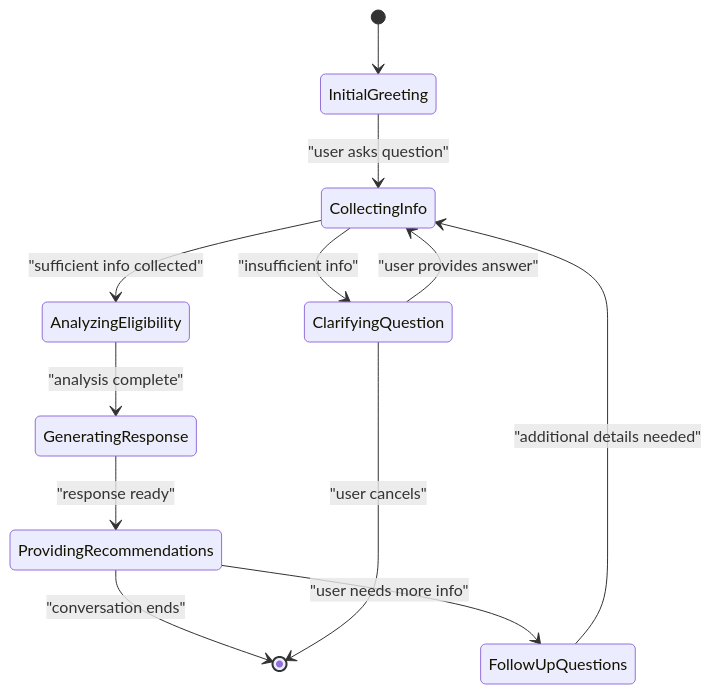
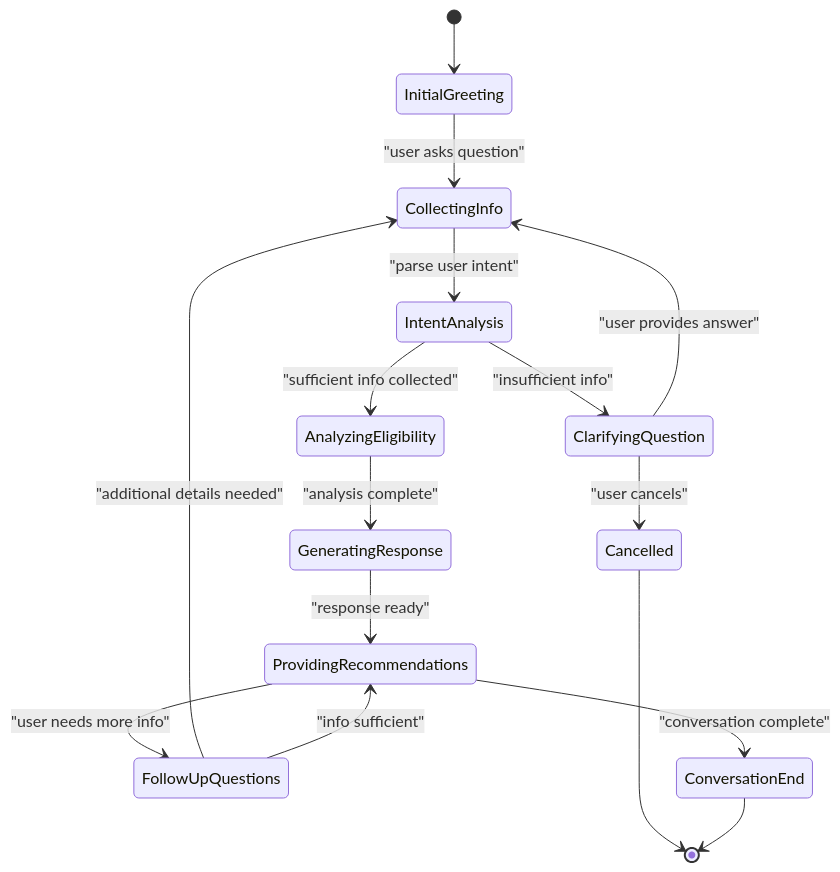
One commit to alibaba-hackathon-fsi/frontend-vaya changed the seventh of 8 diagrams in .qoder/repowiki/en/content/Chat Interface/AI Processing Engine.md. Above: the diagram before and after it, drawn with Mermaid. The commit also changed other lines of this file and 77 other files, not shown here.

````diff
--- a/.qoder/repowiki/en/content/Chat Interface/AI Processing Engine.md
+++ b/.qoder/repowiki/en/content/Chat Interface/AI Processing Engine.md
@@ -232,14 +445,18 @@
 ```mermaid
 stateDiagram-v2
 [*] --> InitialGreeting
 InitialGreeting --> CollectingInfo : "user asks question"
-CollectingInfo --> ClarifyingQuestion : "insufficient info"
+CollectingInfo --> IntentAnalysis : "parse user intent"
+IntentAnalysis --> ClarifyingQuestion : "insufficient info"
+IntentAnalysis --> AnalyzingEligibility : "sufficient info collected"
 ClarifyingQuestion --> CollectingInfo : "user provides answer"
-CollectingInfo --> AnalyzingEligibility : "sufficient info collected"
+ClarifyingQuestion --> Cancelled : "user cancels"
 AnalyzingEligibility --> GeneratingResponse : "analysis complete"
 GeneratingResponse --> ProvidingRecommendations : "response ready"
 ProvidingRecommendations --> FollowUpQuestions : "user needs more info"
+ProvidingRecommendations --> ConversationEnd : "conversation complete"
 FollowUpQuestions --> CollectingInfo : "additional details needed"
-ProvidingRecommendations --> [*] : "conversation ends"
-ClarifyingQuestion --> [*] : "user cancels"
+FollowUpQuestions --> ProvidingRecommendations : "info sufficient"
+Cancelled --> [*]
+ConversationEnd --> [*]
 ```
````
